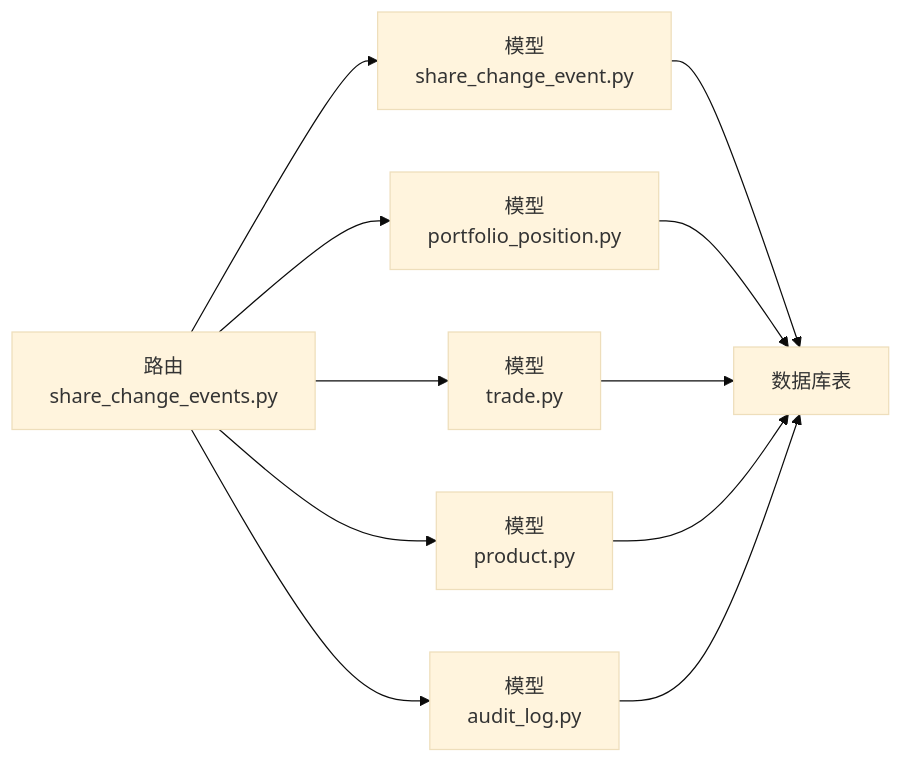
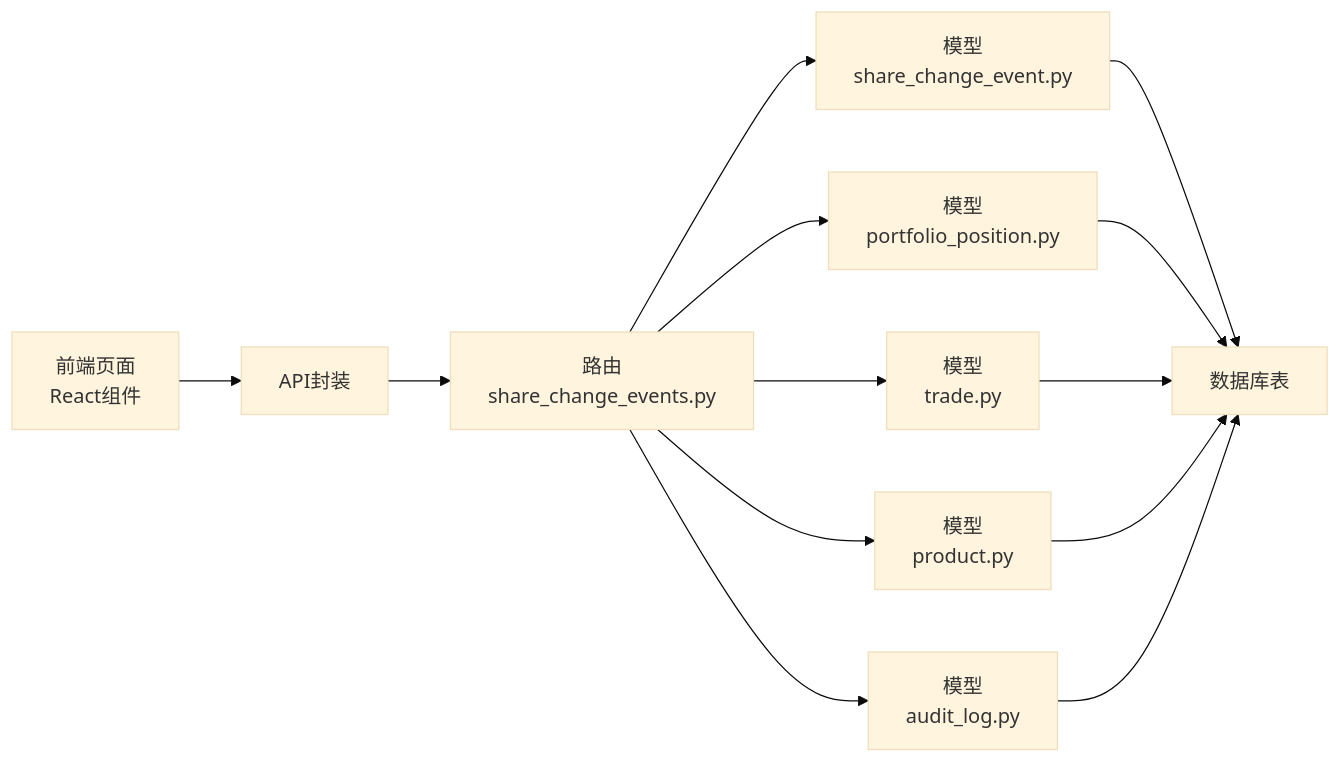
One commit to gujialind/InvestRing changed the third of 3 diagrams in .qoder/repowiki/zh/content/核心业务功能/份额变动事件.md. Above: the diagram before and after it, drawn with Mermaid (base theme). The commit also changed other lines of this file and 16 other files, not shown here.

````diff
--- a/.qoder/repowiki/zh/content/核心业务功能/份额变动事件.md
+++ b/.qoder/repowiki/zh/content/核心业务功能/份额变动事件.md
@@ -311,13 +333,15 @@
 ```mermaid
 graph LR
 R["路由<br/>share_change_events.py"] --> M["模型<br/>share_change_event.py"]
 R --> P["模型<br/>portfolio_position.py"]
 R --> T["模型<br/>trade.py"]
 R --> PR["模型<br/>product.py"]
 R --> A["模型<br/>audit_log.py"]
 M --> DB["数据库表"]
 P --> DB
 T --> DB
 PR --> DB
 A --> DB
+FE["前端页面<br/>React组件"] --> API["API封装"]
+API --> R
 ```
````
